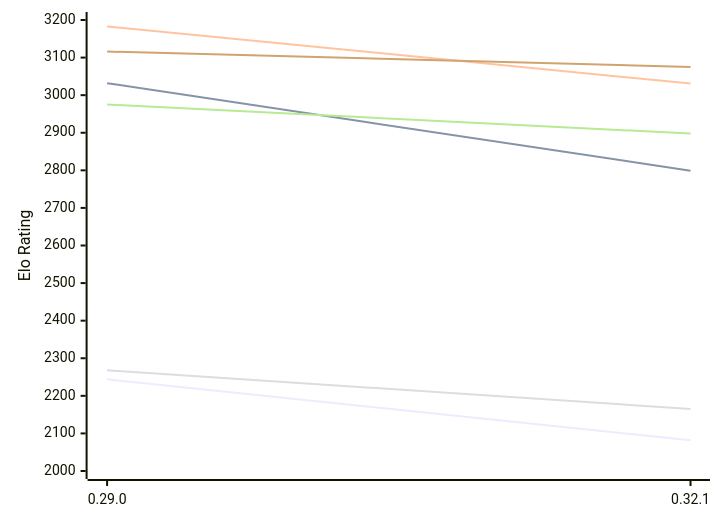
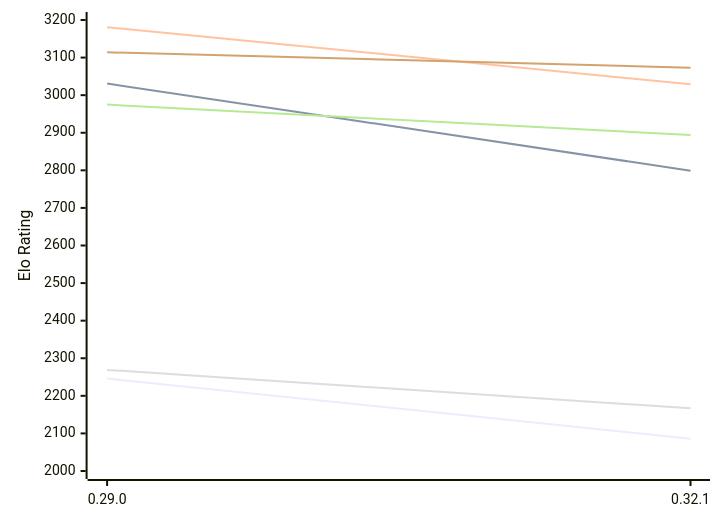
One commit to computer-chess-index/cci changed the first of 2 diagrams in engines/Lc0.md. Above: the diagram before and after it, drawn with Mermaid. The commit also changed other lines of this file, not shown here.

Commit message:
Update CCI Ratings (ELO VLTC) - 2026-11-19

````diff
--- a/engines/Lc0.md
+++ b/engines/Lc0.md
@@ -50,12 +50,12 @@
 ```mermaid
 %%{init: {"theme":"base","themeVariables":{"seriesColors:['#a3a3a3','#222221','#faa371']}}}%%
 xychart-beta
   x-axis ["0.29.0", "0.32.1"]
   y-axis "Elo Rating" 2000 --> 3200
-  line "E1: STC (8.0+0.08s)" [2244, 2082]
-  line "E1: LTC (60.0+0.60s)" [3032, 2799]
-  line "E1: VLTC (2m24s+1.12s)" [3183, 3031]
-  line "P1: STC (8.0+0.08s)" [2268, 2165]
-  line "P1: LTC (60.0+0.60s)" [2975, 2898]
-  line "P1: VLTC (2m24s+1.12s)" [3116, 3075]
+  line "E1: STC (8.0+0.08s)" [2246, 2086]
+  line "E1: LTC (60.0+0.60s)" [3031, 2799]
+  line "E1: VLTC (2m24s+1.12s)" [3181, 3029]
+  line "P1: STC (8.0+0.08s)" [2269, 2167]
+  line "P1: LTC (60.0+0.60s)" [2975, 2894]
+  line "P1: VLTC (2m24s+1.12s)" [3114, 3073]
 ```
````
